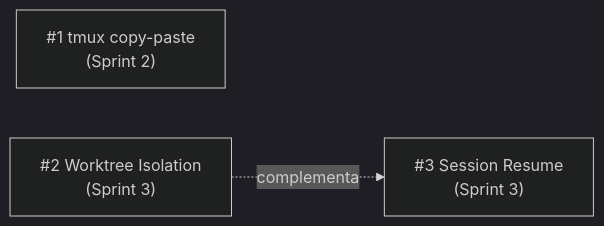
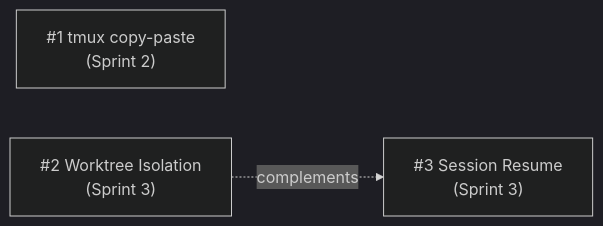
One commit to alergyonthestage/claude-orchestrator changed the diagram in docs/maintainer/reviews/sprint-2-3-implementation-plan.md. Above: the diagram before and after it, drawn with Mermaid (dark theme). The commit also changed other lines of this file and 18 other files, not shown here.

````diff
--- a/docs/maintainer/reviews/sprint-2-3-implementation-plan.md
+++ b/docs/maintainer/reviews/sprint-2-3-implementation-plan.md
@@ -13,7 +13,7 @@
 ```mermaid
 flowchart LR
     A["#1 tmux copy-paste<br/>(Sprint 2)"]
     B["#2 Worktree Isolation<br/>(Sprint 3)"]
     C["#3 Session Resume<br/>(Sprint 3)"]
-    B -.->|"complementa"| C
+    B -.->|"complements"| C
 ```
````
